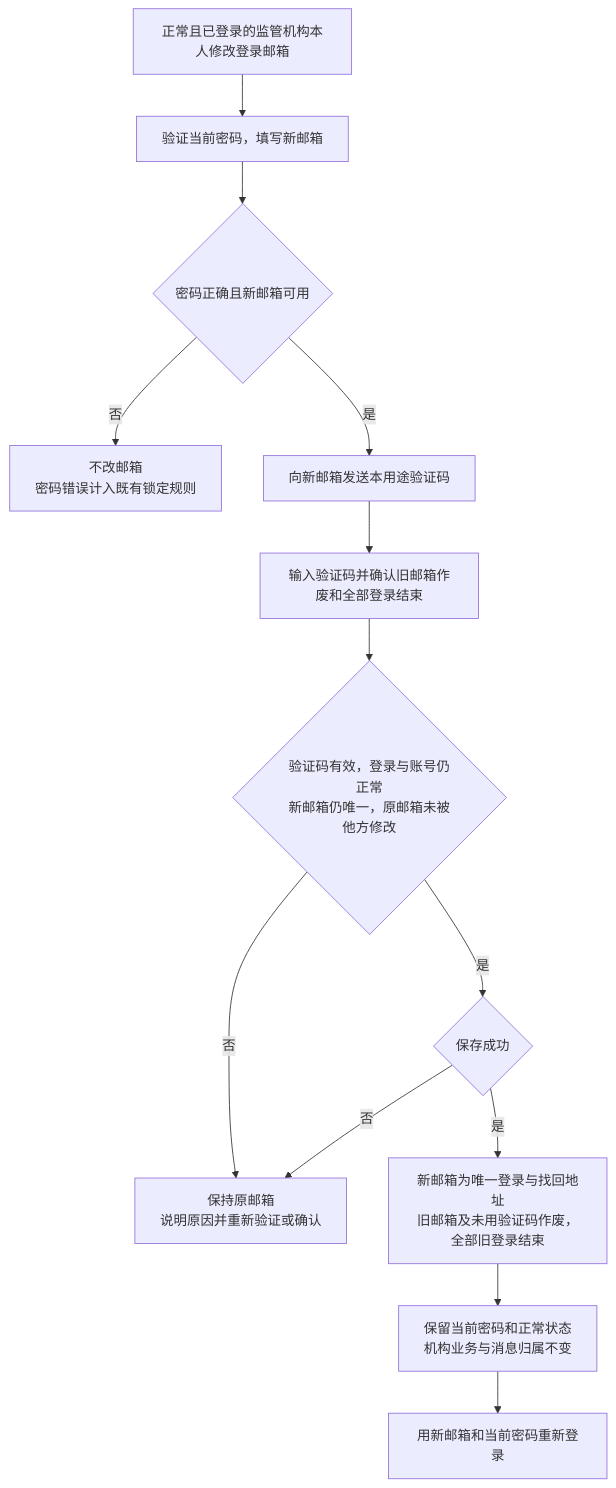
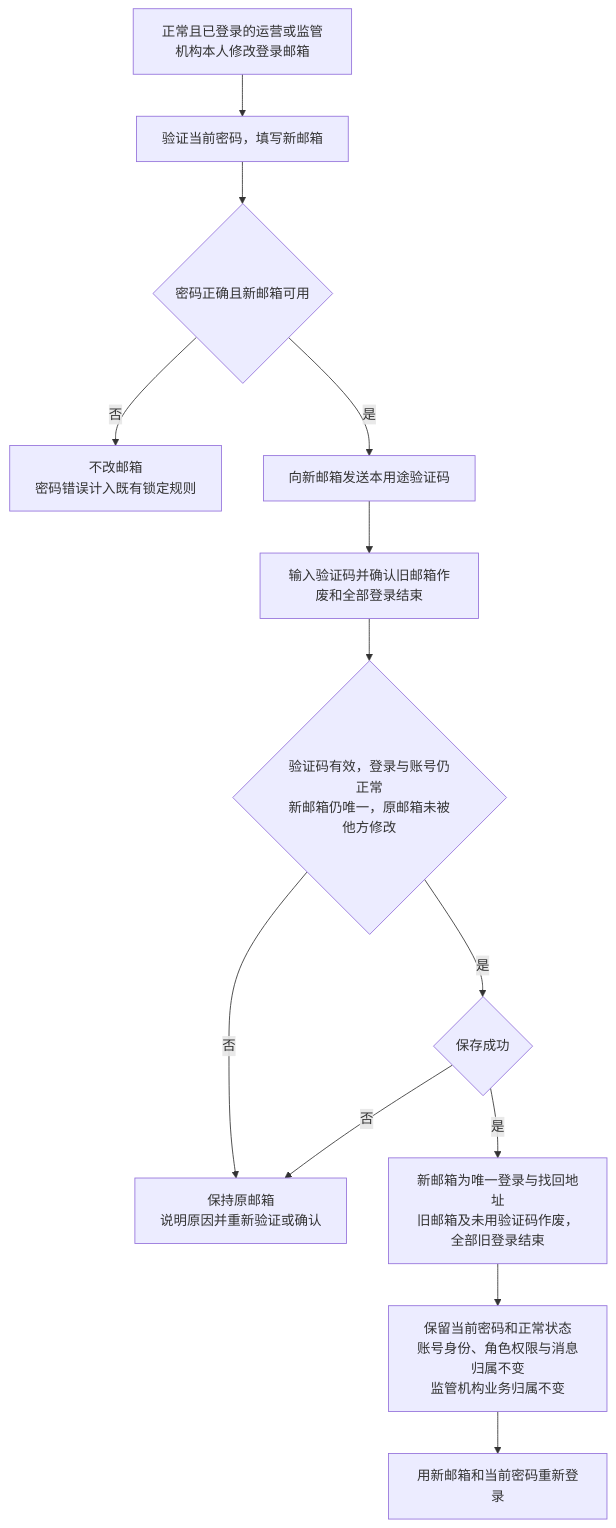
One commit to wxblockchain/Chain-Financing changed the seventh of 8 diagrams in token-issuance-platform/PRD/v1.0-管理端登录与权限-流程图与状态机.md. Above: the diagram before and after it, drawn with Mermaid. The commit also changed other lines of this file and 4 other files, not shown here.

````diff
--- a/token-issuance-platform/PRD/v1.0-管理端登录与权限-流程图与状态机.md
+++ b/token-issuance-platform/PRD/v1.0-管理端登录与权限-流程图与状态机.md
@@ -152,15 +152,15 @@
 ```mermaid
 flowchart TD
-    A[正常且已登录的监管机构本人修改登录邮箱] --> B[验证当前密码，填写新邮箱]
+    A[正常且已登录的运营或监管机构本人修改登录邮箱] --> B[验证当前密码，填写新邮箱]
     B --> C{密码正确且新邮箱可用}
     C -->|否| D[不改邮箱<br/>密码错误计入既有锁定规则]
     C -->|是| E[向新邮箱发送本用途验证码]
     E --> F[输入验证码并确认旧邮箱作废和全部登录结束]
     F --> G{验证码有效，登录与账号仍正常<br/>新邮箱仍唯一，原邮箱未被他方修改}
     G -->|否| H[保持原邮箱<br/>说明原因并重新验证或确认]
     G -->|是| I{保存成功}
     I -->|否| H
     I -->|是| J[新邮箱为唯一登录与找回地址<br/>旧邮箱及未用验证码作废，全部旧登录结束]
-    J --> K[保留当前密码和正常状态<br/>机构业务与消息归属不变]
+    J --> K[保留当前密码和正常状态<br/>账号身份、角色权限与消息归属不变<br/>监管机构业务归属不变]
     K --> L[用新邮箱和当前密码重新登录]
 ```
````
